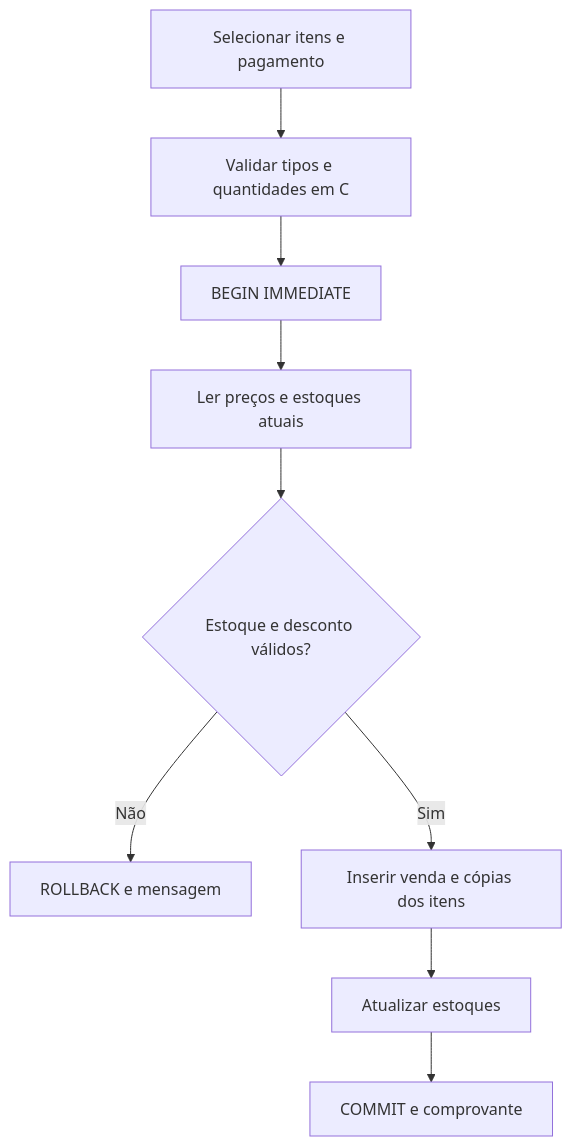
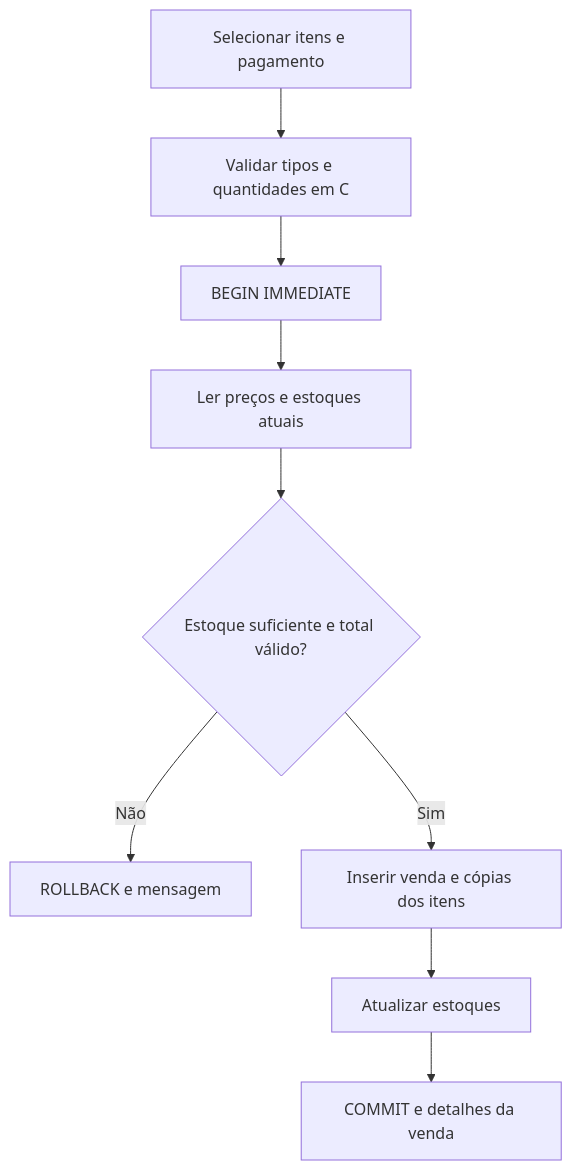
One commit to JorgeIgorSantos/controle-vendas changed the second of 2 diagrams in docs/requisitos.md. Above: the diagram before and after it, drawn with Mermaid. The commit also changed other lines of this file and 54 other files, not shown here.

````diff
--- a/docs/requisitos.md
+++ b/docs/requisitos.md
@@ -37,11 +37,11 @@
 ```mermaid
 flowchart TD
   A[Selecionar itens e pagamento] --> B[Validar tipos e quantidades em C]
   B --> C[BEGIN IMMEDIATE]
   C --> D[Ler preços e estoques atuais]
-  D --> E{Estoque e desconto válidos?}
+  D --> E{Estoque suficiente e total válido?}
   E -- Não --> F[ROLLBACK e mensagem]
   E -- Sim --> G[Inserir venda e cópias dos itens]
   G --> H[Atualizar estoques]
-  H --> I[COMMIT e comprovante]
+  H --> I[COMMIT e detalhes da venda]
 ```
````
